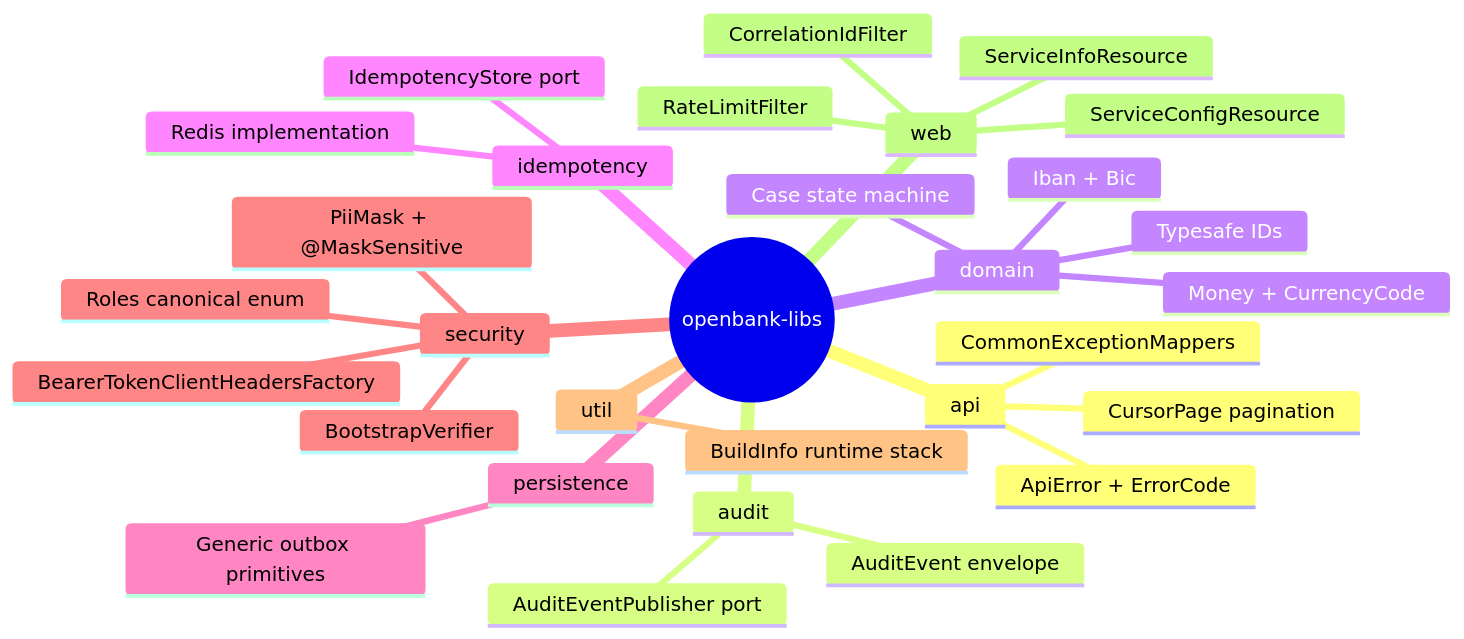
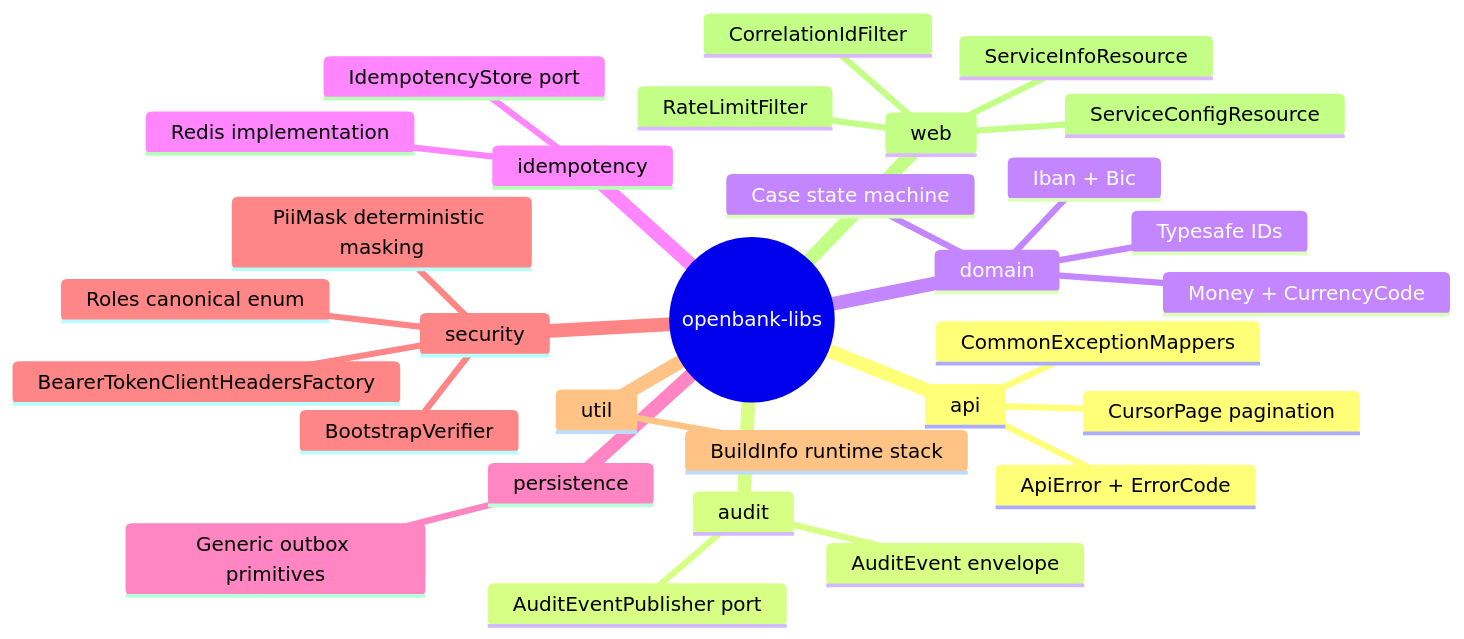
The diagram in openbank-libs/docs/01-overview.en.md (JiRaska/open-bank-oss), drawn with Mermaid before and after one commit. The commit also changed 21 other files, not shown here.

````diff
--- a/openbank-libs/docs/01-overview.en.md
+++ b/openbank-libs/docs/01-overview.en.md
@@ -32,33 +32,33 @@
 ```mermaid
 mindmap
   root((openbank-libs))
     api
       ApiError + ErrorCode
       CursorPage pagination
       CommonExceptionMappers
     audit
       AuditEvent envelope
       AuditEventPublisher port
     domain
       Money + CurrencyCode
       Iban + Bic
       Case state machine
       Typesafe IDs
     idempotency
       IdempotencyStore port
       Redis implementation
     persistence
       Generic outbox primitives
     security
-      PiiMask + @MaskSensitive
+      PiiMask deterministic masking
       Roles canonical enum
       BootstrapVerifier
       BearerTokenClientHeadersFactory
     util
       BuildInfo runtime stack
     web
       CorrelationIdFilter
       RateLimitFilter
       ServiceInfoResource
       ServiceConfigResource
 ```
````
